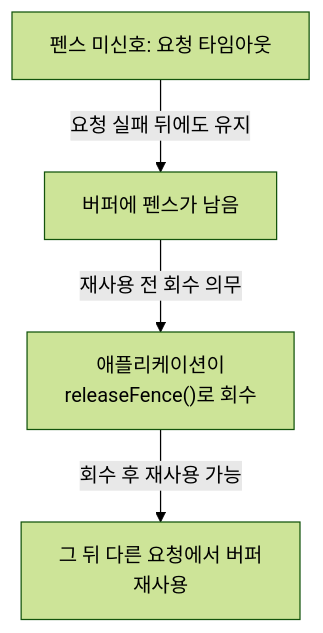
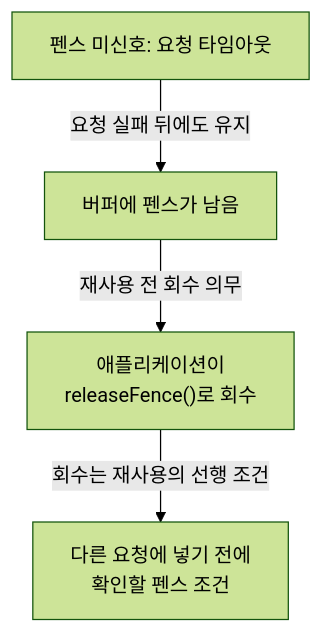
One commit to TTolsun/libcamera-sdd changed the diagram in docs/camera-requests.timeout-fence-recovery.mmd. Above: the diagram before and after it, drawn with Mermaid (forest theme). The commit also changed 11 other files, not shown here.

```diff
--- a/docs/camera-requests.timeout-fence-recovery.mmd
+++ b/docs/camera-requests.timeout-fence-recovery.mmd
@@ -1,9 +1,9 @@
 flowchart TB
-%% sdd:translations {"그 뒤 다른 요청에서 버퍼 <br/>재사용": "Then reuse the buffer in <br/>another request", "버퍼에 펜스가 남음": "Buffer still contains its <br/>fence", "애플리케이션이 <br/>releaseFence#40;#41;로 회수": "Application retrieves with <br/>releaseFence#40;#41;", "요청 실패 뒤에도 유지": "Remains after request <br/>failure", "재사용 전 회수 의무": "Must retrieve before reuse", "펜스 미신호: 요청 타임아웃": "Unsignalled fence: request <br/>times out", "회수 후 재사용 가능": "Reuse after retrieval"}
+%% sdd:translations {"다른 요청에 넣기 전에 <br/>확인할 펜스 조건": "Fence condition to check <br/>before adding the buffer to <br/>another request", "버퍼에 펜스가 남음": "Buffer still contains its <br/>fence", "애플리케이션이 <br/>releaseFence#40;#41;로 회수": "Application retrieves with <br/>releaseFence#40;#41;", "요청 실패 뒤에도 유지": "Remains after request <br/>failure", "재사용 전 회수 의무": "Must retrieve before reuse", "펜스 미신호: 요청 타임아웃": "Unsignalled fence: request <br/>times out", "회수는 재사용의 선행 조건": "Retrieval is a prerequisite <br/>for reuse"}
   v_timeout["펜스 미신호: 요청 타임아웃"]
   v_retained["버퍼에 펜스가 남음"]
   v_retrieve["애플리케이션이 <br/>releaseFence#40;#41;로 회수"]
-  v_reuse["그 뒤 다른 요청에서 버퍼 <br/>재사용"]
+  v_reuse["다른 요청에 넣기 전에 <br/>확인할 펜스 조건"]
   v_timeout -->|"요청 실패 뒤에도 유지"| v_retained
   v_retained -->|"재사용 전 회수 의무"| v_retrieve
-  v_retrieve -->|"회수 후 재사용 가능"| v_reuse
+  v_retrieve -->|"회수는 재사용의 선행 조건"| v_reuse
```
